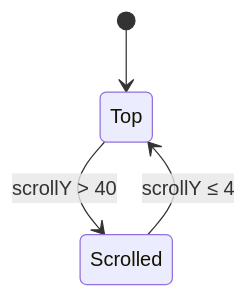
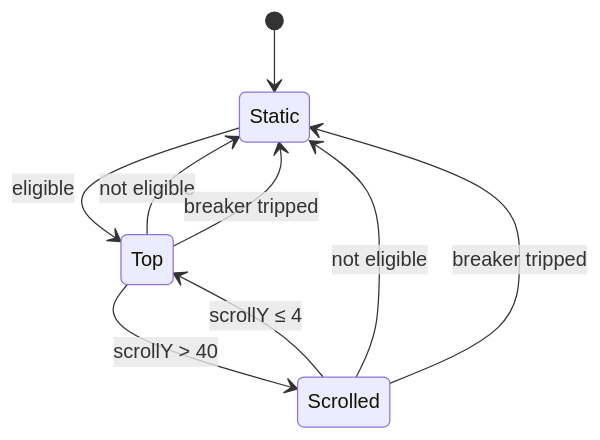
The diagram in openspec/changes/ui-redesign/design.md (rackandhost/getmando), drawn with Mermaid before and after one commit. The commit also changed other lines of this file and 4 other files, not shown here.

````diff
--- a/openspec/changes/ui-redesign/design.md
+++ b/openspec/changes/ui-redesign/design.md
@@ -165,6 +171,11 @@
 ```mermaid
 stateDiagram-v2
-    [*] --> Top
+    [*] --> Static
+    Static --> Top: eligible
+    Top --> Static: not eligible
     Top --> Scrolled: scrollY > 40
     Scrolled --> Top: scrollY ≤ 4
+    Scrolled --> Static: not eligible
+    Top --> Static: breaker tripped
+    Scrolled --> Static: breaker tripped
 ```
````
